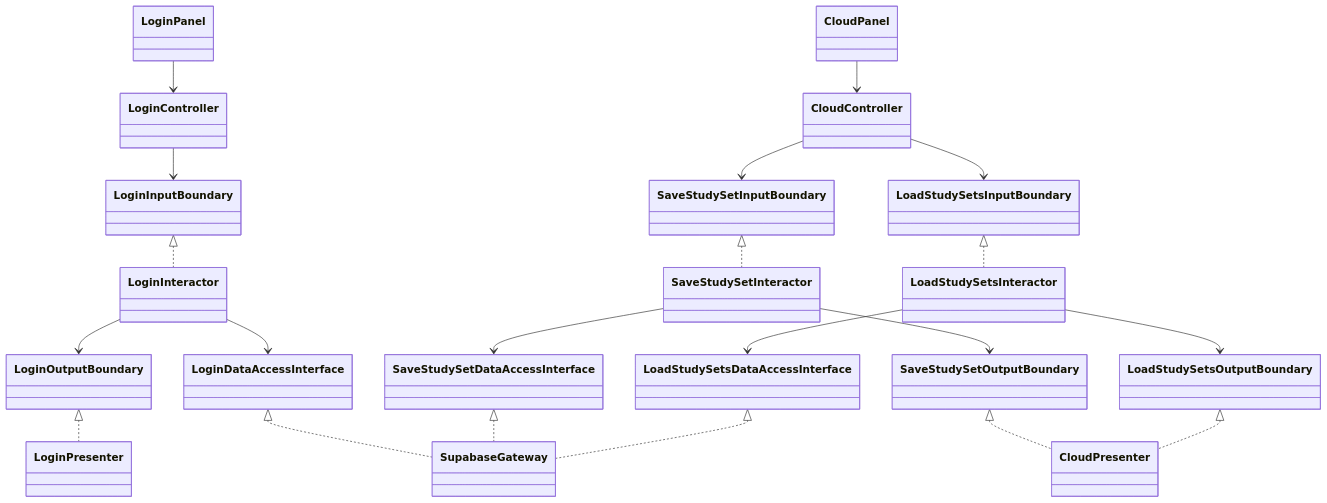
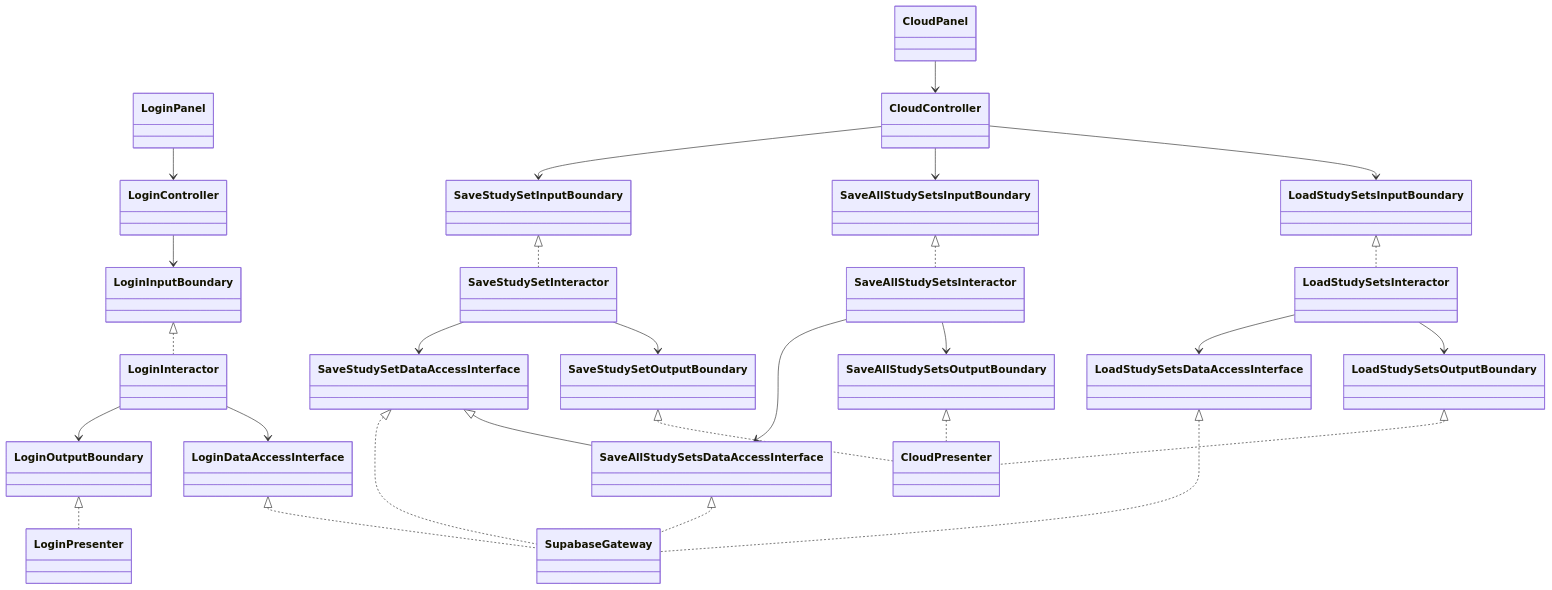
Before and after one commit to Tabel0112/team-project: the first of 2 diagrams in README.md, drawn with Mermaid. The commit also changed other lines of this file and 19 other files, not shown here.

Commit message:
Save all study-set changes and queued deletions

````diff
--- a/README.md
+++ b/README.md
@@ -317,23 +318,30 @@
 ```mermaid
 classDiagram
     LoginPanel --> LoginController
     LoginController --> LoginInputBoundary
     LoginInputBoundary <|.. LoginInteractor
     LoginInteractor --> LoginOutputBoundary
     LoginOutputBoundary <|.. LoginPresenter
     LoginInteractor --> LoginDataAccessInterface
     LoginDataAccessInterface <|.. SupabaseGateway
     CloudPanel --> CloudController
     CloudController --> SaveStudySetInputBoundary
     SaveStudySetInputBoundary <|.. SaveStudySetInteractor
+    CloudController --> SaveAllStudySetsInputBoundary
+    SaveAllStudySetsInputBoundary <|.. SaveAllStudySetsInteractor
     CloudController --> LoadStudySetsInputBoundary
     LoadStudySetsInputBoundary <|.. LoadStudySetsInteractor
     SaveStudySetInteractor --> SaveStudySetDataAccessInterface
     LoadStudySetsInteractor --> LoadStudySetsDataAccessInterface
     SaveStudySetDataAccessInterface <|.. SupabaseGateway
+    SaveAllStudySetsInteractor --> SaveAllStudySetsDataAccessInterface
+    SaveStudySetDataAccessInterface <|-- SaveAllStudySetsDataAccessInterface
+    SaveAllStudySetsDataAccessInterface <|.. SupabaseGateway
     LoadStudySetsDataAccessInterface <|.. SupabaseGateway
     SaveStudySetInteractor --> SaveStudySetOutputBoundary
     LoadStudySetsInteractor --> LoadStudySetsOutputBoundary
     SaveStudySetOutputBoundary <|.. CloudPresenter
+    SaveAllStudySetsInteractor --> SaveAllStudySetsOutputBoundary
+    SaveAllStudySetsOutputBoundary <|.. CloudPresenter
     LoadStudySetsOutputBoundary <|.. CloudPresenter
 ```
````
